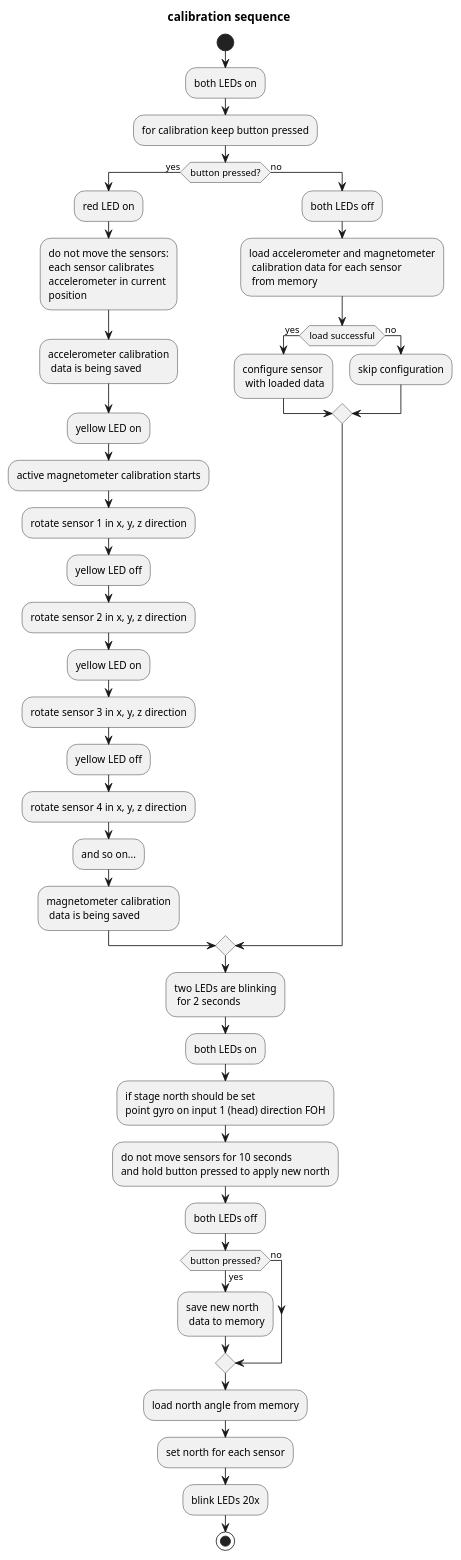
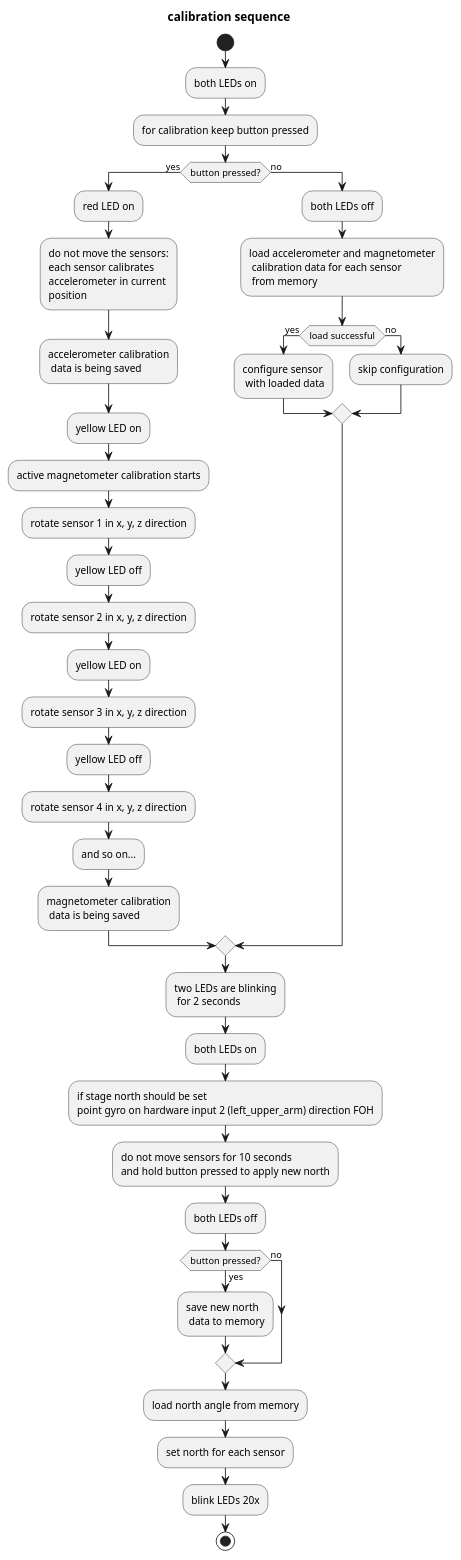
Before and after one commit to birkschmithuesen/MergingEntities: the diagram in GyroArduino/firmwares/OneESP_SixMPU9250/doc-src/calibration.plantuml, drawn with PlantUML. The commit also changed 1 other file, not shown here.

```diff
--- a/GyroArduino/firmwares/OneESP_SixMPU9250/doc-src/calibration.plantuml
+++ b/GyroArduino/firmwares/OneESP_SixMPU9250/doc-src/calibration.plantuml
@@ -1,91 +1,91 @@
 @startuml
 
 title calibration sequence
 
 start
 
 :both LEDs on;
 
 :for calibration keep button pressed;
 
 if (button pressed?) then (yes)
   'passive acceleromenter calibration'
   :red LED on;
 
   :do not move the sensors:
   each sensor calibrates
   accelerometer in current
   position;
 
   :accelerometer calibration
    data is being saved;
 
   'active magnetometer calibration'
   :yellow LED on;
 
   :active magnetometer calibration starts;
   
   :rotate sensor 1 in x, y, z direction;
   
   :yellow LED off;
   
   :rotate sensor 2 in x, y, z direction;
   
   :yellow LED on;
   
   :rotate sensor 3 in x, y, z direction;
   
   :yellow LED off;
   
   :rotate sensor 4 in x, y, z direction;
   
   :and so on...;
 
   :magnetometer calibration
    data is being saved;
 
 else (no)
   :both LEDs off;
 
   :load accelerometer and magnetometer
    calibration data for each sensor
    from memory;
 
   if (load successful) then (yes)
     :configure sensor
      with loaded data;
   else (no)
     :skip configuration;
   endif
 
 endif
 
 :two LEDs are blinking
  for 2 seconds;
 
 :both LEDs on;
 
 :if stage north should be set
-point gyro on input 1 (head) direction FOH;
+point gyro on hardware input 2 (left_upper_arm) direction FOH;
 
 :do not move sensors for 10 seconds 
 and hold button pressed to apply new north;
 
 :both LEDs off;
 
 if (button pressed?) then (yes)
   :save new north
    data to memory;
 else (no)
 
 endif
 
 :load north angle from memory;
 
 :set north for each sensor;
 
 :blink LEDs 20x;
 
 stop
 
 @enduml
```
